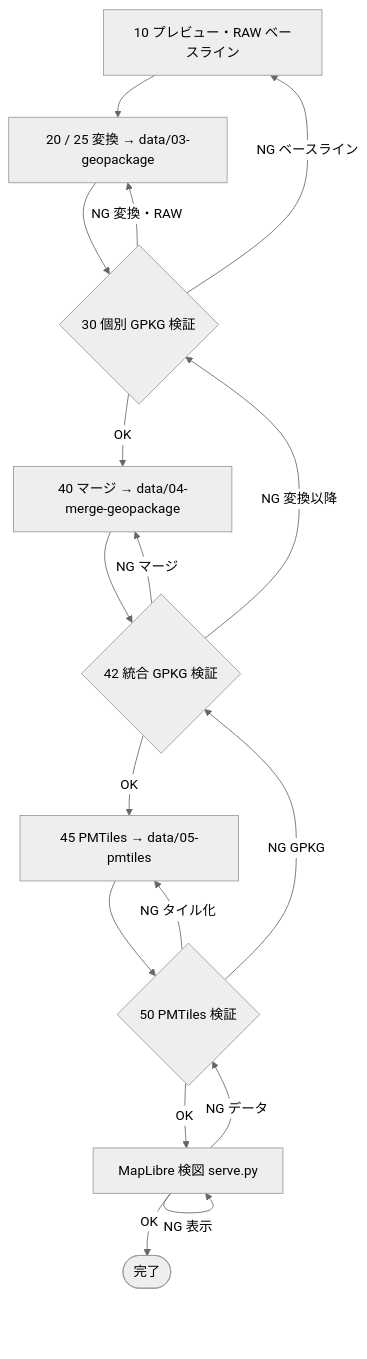
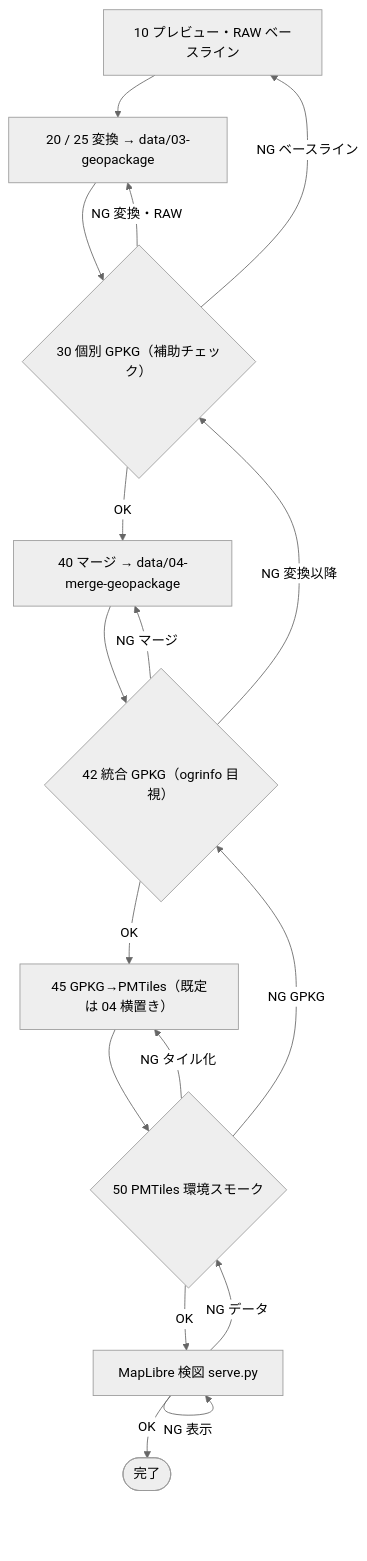
One commit to Yoshida088603/zure-map-pipeline changed the diagram in docs/plan.md. Above: the diagram before and after it, drawn with Mermaid (neutral theme). The commit also changed other lines of this file and 5 other files, not shown here.

````diff
--- a/docs/plan.md
+++ b/docs/plan.md
@@ -127,28 +128,28 @@
 ```mermaid
 flowchart TD
   A["10 プレビュー・RAW ベースライン"]
   B["20 / 25 変換 → data/03-geopackage"]
-  C{"30 個別 GPKG 検証"}
+  C{"30 個別 GPKG（補助チェック）"}
   D["40 マージ → data/04-merge-geopackage"]
-  E{"42 統合 GPKG 検証"}
-  F["45 PMTiles → data/05-pmtiles"]
-  G{"50 PMTiles 検証"}
+  E{"42 統合 GPKG（ogrinfo 目視）"}
+  F["45 GPKG→PMTiles（既定は 04 横置き）"]
+  G{"50 PMTiles 環境スモーク"}
   H["MapLibre 検図 serve.py"]
   Z(["完了"])
 
   A --> B --> C
   C -->|OK| D
   C -->|NG 変換・RAW| B
   C -->|NG ベースライン| A
   D --> E
   E -->|OK| F
   E -->|NG マージ| D
   E -->|NG 変換以降| C
   F --> G
   G -->|OK| H
   G -->|NG タイル化| F
   G -->|NG GPKG| E
   H -->|OK| Z
   H -->|NG データ| G
   H -->|NG 表示| H
 ```
````
